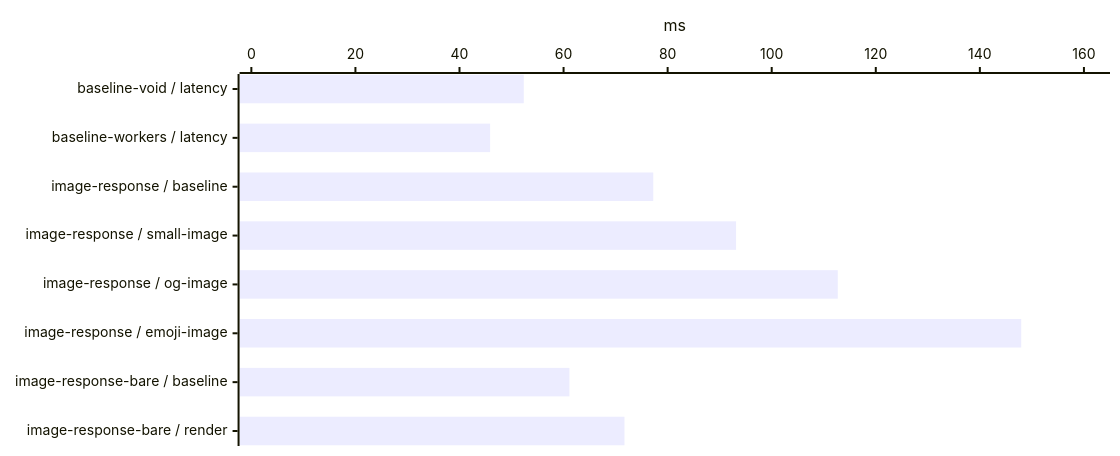
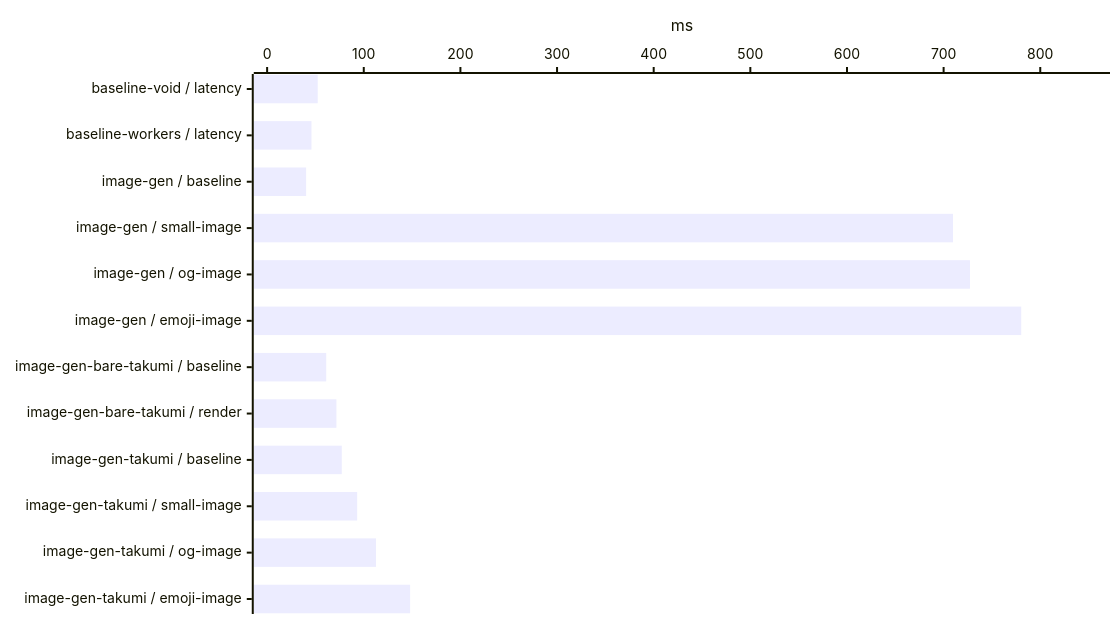
One commit to voidzero-dev/void changed the tenth of 25 diagrams in benchmark/report.md. Above: the diagram before and after it, drawn with Mermaid. The commit also changed other lines of this file and 41 other files, not shown here.

````diff
--- a/benchmark/report.md
+++ b/benchmark/report.md
@@ -197,12 +200,12 @@
 ```mermaid
 ---
 config:
   xyChart:
     width: 1100
-    height: 436
+    height: 604
 ---
 xychart-beta horizontal
-    x-axis ["baseline-void / latency", "baseline-workers / latency", "image-response / baseline", "image-response / small-image", "image-response / og-image", "image-response / emoji-image", "image-response-bare / baseline", "image-response-bare / render"]
-    y-axis "ms" 0 --> 162.74449
-    bar [52.354332, 45.886533, 77.235383, 93.154694, 112.69053, 147.94954, 61.128887, 71.704312]
+    x-axis ["baseline-void / latency", "baseline-workers / latency", "image-gen / baseline", "image-gen / small-image", "image-gen / og-image", "image-gen / emoji-image", "image-gen-bare-takumi / baseline", "image-gen-bare-takumi / render", "image-gen-takumi / baseline", "image-gen-takumi / small-image", "image-gen-takumi / og-image", "image-gen-takumi / emoji-image"]
+    y-axis "ms" 0 --> 858.34462
+    bar [52.354332, 45.886533, 40.366857, 709.72557, 727.29381, 780.31329, 61.128887, 71.704312, 77.235383, 93.154694, 112.69053, 147.94954]
 ```
````
